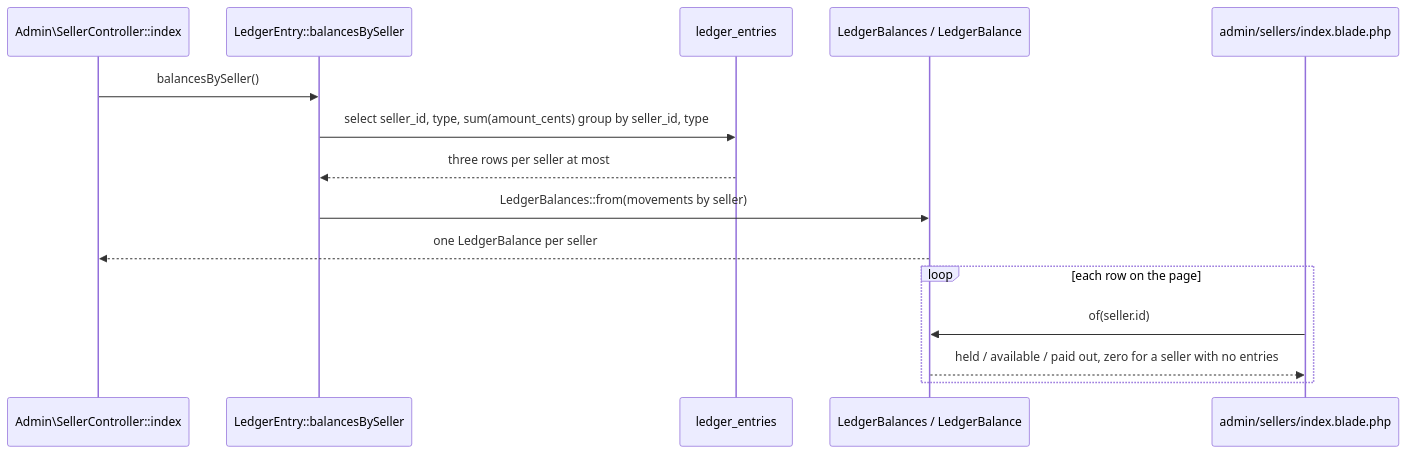
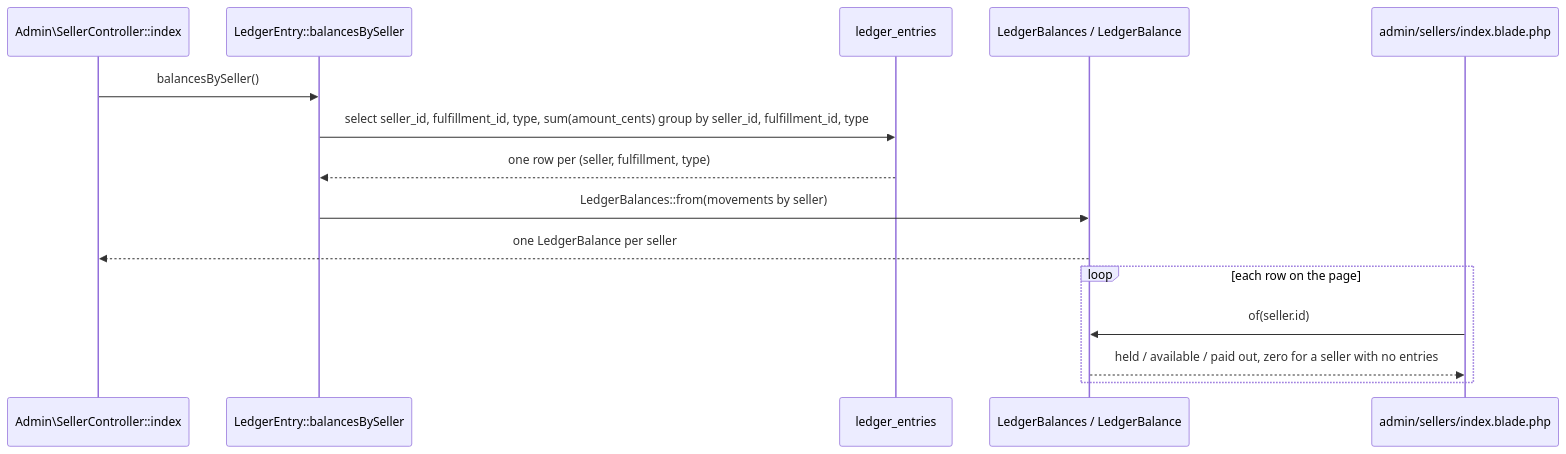
Before and after one commit to jonathan-beebe/art-store: the second of 8 diagrams in app/docs/admin.md, drawn with Mermaid. The commit also changed other lines of this file and 26 other files, not shown here.

````diff
--- a/app/docs/admin.md
+++ b/app/docs/admin.md
@@ -128,18 +135,18 @@
 ```mermaid
 sequenceDiagram
     participant Page as Admin\SellerController::index
     participant Entry as LedgerEntry::balancesBySeller
     participant DB as ledger_entries
     participant Fold as LedgerBalances / LedgerBalance
     participant View as admin/sellers/index.blade.php
 
     Page->>Entry: balancesBySeller()
-    Entry->>DB: select seller_id, type, sum(amount_cents) group by seller_id, type
-    DB-->>Entry: three rows per seller at most
+    Entry->>DB: select seller_id, fulfillment_id, type, sum(amount_cents) group by seller_id, fulfillment_id, type
+    DB-->>Entry: one row per (seller, fulfillment, type)
     Entry->>Fold: LedgerBalances::from(movements by seller)
     Fold-->>Page: one LedgerBalance per seller
     loop each row on the page
         View->>Fold: of(seller.id)
         Fold-->>View: held / available / paid out, zero for a seller with no entries
     end
 ```
````
